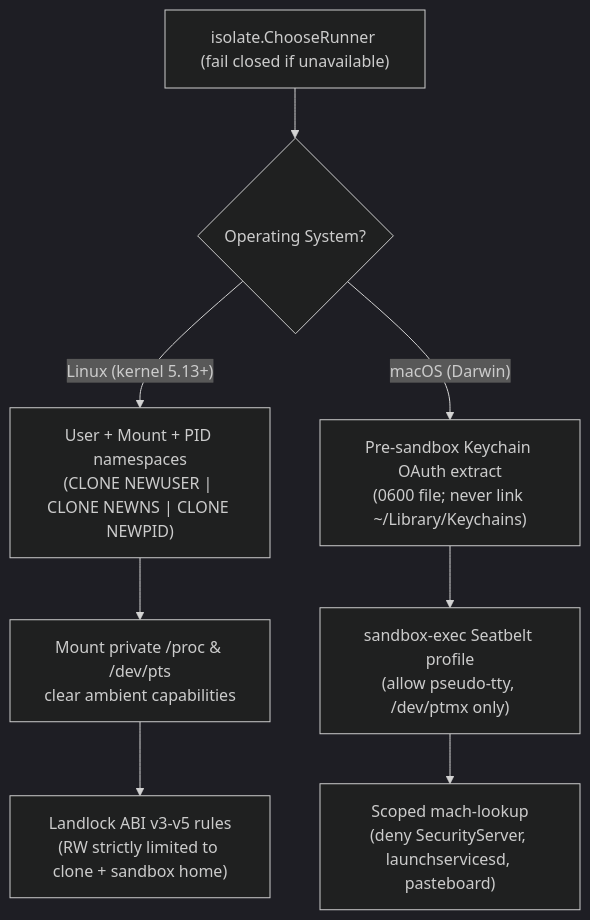
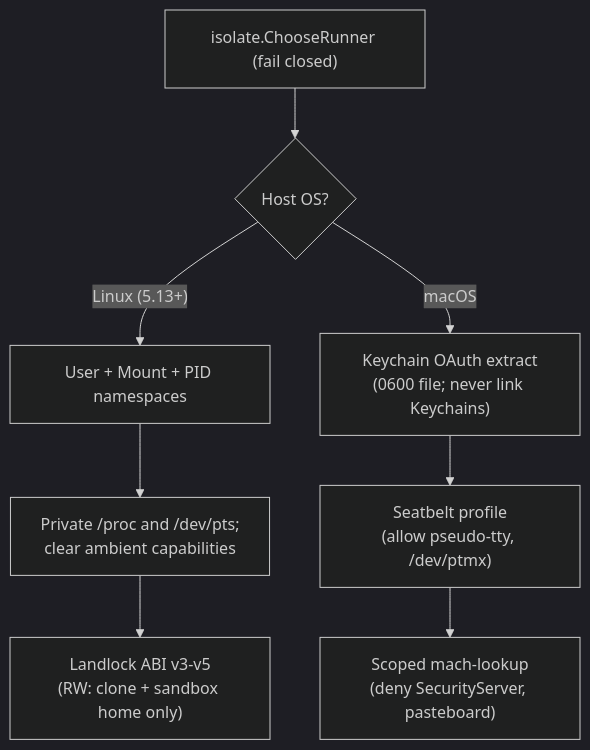
The second of 2 diagrams in features/eval-and-isolation.md (kesokaj/fyr), drawn with Mermaid (dark theme) before and after one commit. The commit also changed other lines of this file and 3 other files, not shown here.

````diff
--- a/features/eval-and-isolation.md
+++ b/features/eval-and-isolation.md
@@ -33,10 +37,10 @@
 ```mermaid
 flowchart TD
-    chooseRunner["isolate.ChooseRunner (fail closed if unavailable)"] --> hostOS{"Operating System?"}
-    hostOS -- "Linux (kernel 5.13+)" --> linuxIso["User + Mount + PID namespaces\n(CLONE NEWUSER | CLONE NEWNS | CLONE NEWPID)"]
-    linuxIso --> linuxMounts["Mount private /proc & /dev/pts\nclear ambient capabilities"]
-    linuxMounts --> linuxLL["Landlock ABI v3-v5 rules\n(RW strictly limited to clone + sandbox home)"]
-    hostOS -- "macOS (Darwin)" --> macToken["Pre-sandbox Keychain OAuth extract\n(0600 file; never link ~/Library/Keychains)"]
-    macToken --> macSeatbelt["sandbox-exec Seatbelt profile\n(allow pseudo-tty, /dev/ptmx only)"]
-    macSeatbelt --> macMach["Scoped mach-lookup\n(deny SecurityServer, launchservicesd, pasteboard)"]
+    chooseRunner["isolate.ChooseRunner (fail closed)"] --> hostOS{"Host OS?"}
+    hostOS -- "Linux (5.13+)" --> linuxIso["User + Mount + PID namespaces"]
+    linuxIso --> linuxMounts["Private /proc and /dev/pts;\nclear ambient capabilities"]
+    linuxMounts --> linuxLL["Landlock ABI v3-v5\n(RW: clone + sandbox home only)"]
+    hostOS -- "macOS" --> macToken["Keychain OAuth extract\n(0600 file; never link Keychains)"]
+    macToken --> macSeatbelt["Seatbelt profile\n(allow pseudo-tty, /dev/ptmx)"]
+    macSeatbelt --> macMach["Scoped mach-lookup\n(deny SecurityServer, pasteboard)"]
 ```
````
